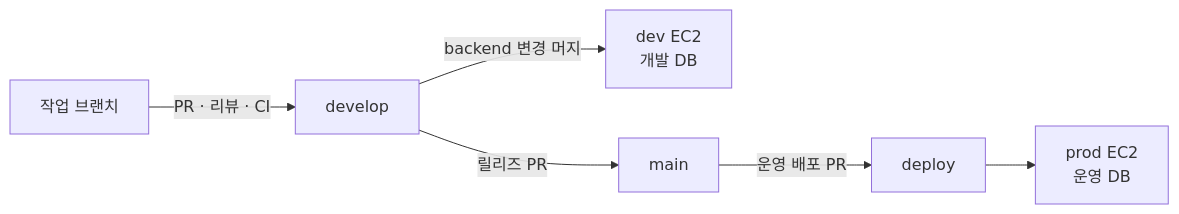
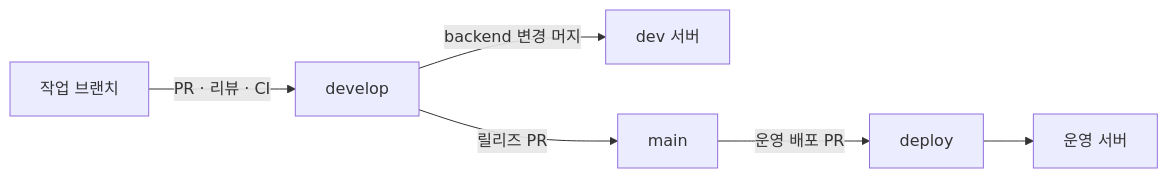
The diagram in README.md (woowacourse-teams/2026-sssOK), drawn with Mermaid before and after one commit. The commit also changed other lines of this file and 11 other files, not shown here.

````diff
--- a/README.md
+++ b/README.md
@@ -50,8 +111,8 @@
 ```mermaid
 flowchart LR
     W[작업 브랜치] -->|PR · 리뷰 · CI| D[develop]
-    D -->|backend 변경 머지| DEV[dev EC2\n개발 DB]
+    D -->|backend 변경 머지| DEV[dev 서버]
     D -->|릴리즈 PR| M[main]
     M -->|운영 배포 PR| P[deploy]
-    P --> PROD[prod EC2\n운영 DB]
+    P --> PROD[운영 서버]
 ```
````
